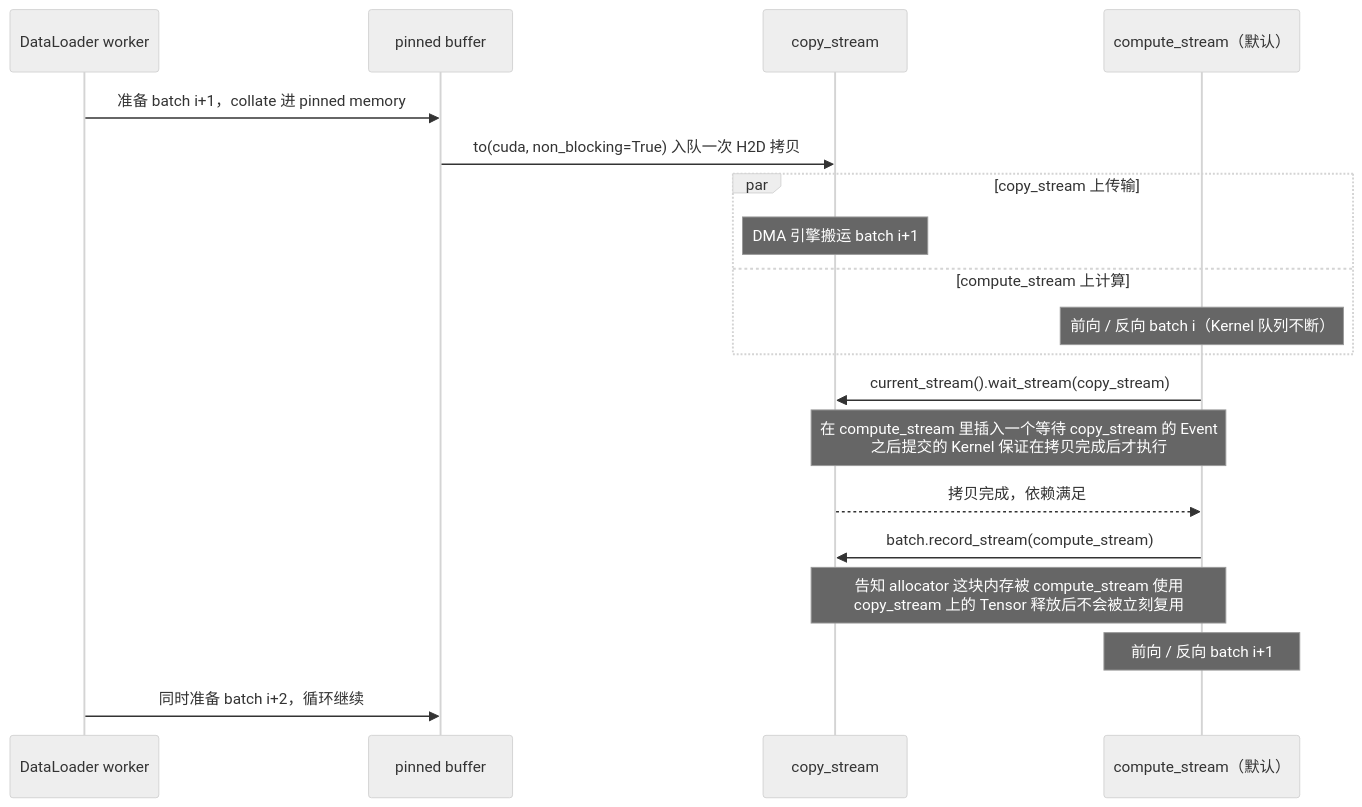
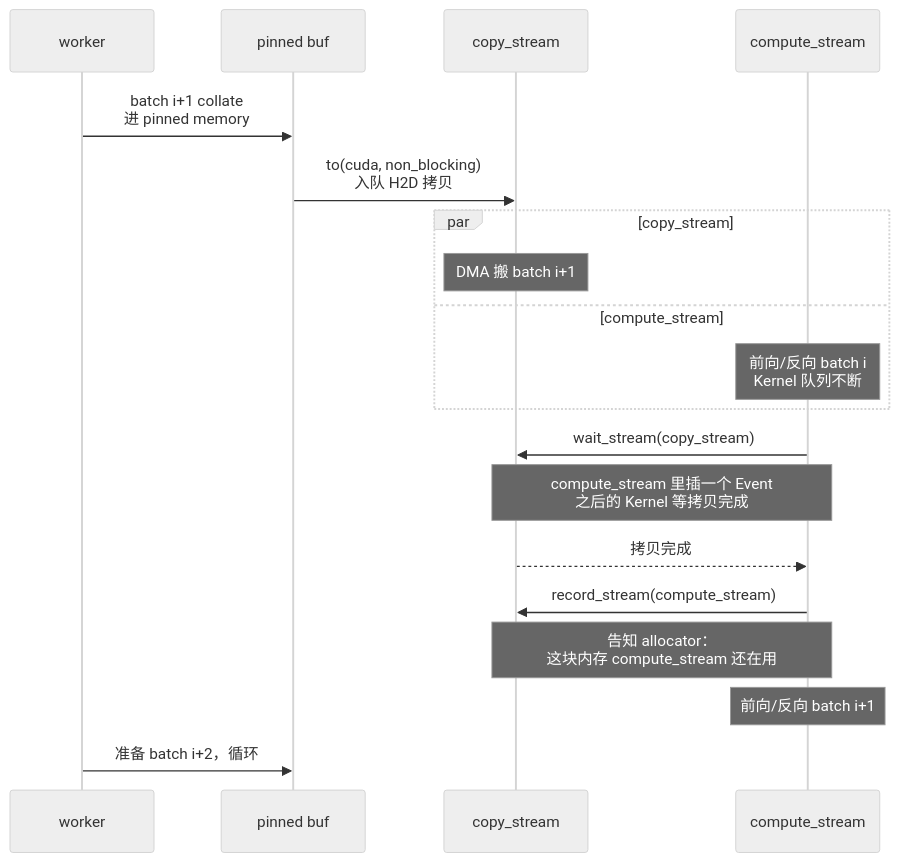
The fourth of 5 diagrams in _posts/2026-02-24-pytorch-performance-optimization-and-debugging.md (arganzheng/arganzheng.github.com), drawn with Mermaid (neutral theme) before and after one commit. The commit also changed other lines of this file and 10 other files, not shown here.

````diff
--- a/_posts/2026-02-24-pytorch-performance-optimization-and-debugging.md
+++ b/_posts/2026-02-24-pytorch-performance-optimization-and-debugging.md
@@ -842,21 +852,21 @@
 ```mermaid
 sequenceDiagram
-    participant W as DataLoader worker
-    participant P as pinned buffer
+    participant W as worker
+    participant P as pinned buf
     participant CS as copy_stream
-    participant MS as compute_stream（默认）
-    W->>P: 准备 batch i+1，collate 进 pinned memory
-    P->>CS: to(cuda, non_blocking=True) 入队一次 H2D 拷贝
-    par copy_stream 上传输
-        Note over CS: DMA 引擎搬运 batch i+1
-    and compute_stream 上计算
-        Note over MS: 前向 / 反向 batch i（Kernel 队列不断）
+    participant MS as compute_stream
+    W->>P: batch i+1 collate<br/>进 pinned memory
+    P->>CS: to(cuda, non_blocking)<br/>入队 H2D 拷贝
+    par copy_stream
+        Note over CS: DMA 搬 batch i+1
+    and compute_stream
+        Note over MS: 前向/反向 batch i<br/>Kernel 队列不断
     end
-    MS->>CS: current_stream().wait_stream(copy_stream)
-    Note over CS,MS: 在 compute_stream 里插入一个等待 copy_stream 的 Event<br/>之后提交的 Kernel 保证在拷贝完成后才执行
-    CS-->>MS: 拷贝完成，依赖满足
-    MS->>CS: batch.record_stream(compute_stream)
-    Note over CS,MS: 告知 allocator 这块内存被 compute_stream 使用<br/>copy_stream 上的 Tensor 释放后不会被立刻复用
-    Note over MS: 前向 / 反向 batch i+1
-    W->>P: 同时准备 batch i+2，循环继续
+    MS->>CS: wait_stream(copy_stream)
+    Note over CS,MS: compute_stream 里插一个 Event<br/>之后的 Kernel 等拷贝完成
+    CS-->>MS: 拷贝完成
+    MS->>CS: record_stream(compute_stream)
+    Note over CS,MS: 告知 allocator：<br/>这块内存 compute_stream 还在用
+    Note over MS: 前向/反向 batch i+1
+    W->>P: 准备 batch i+2，循环
 ```
````
